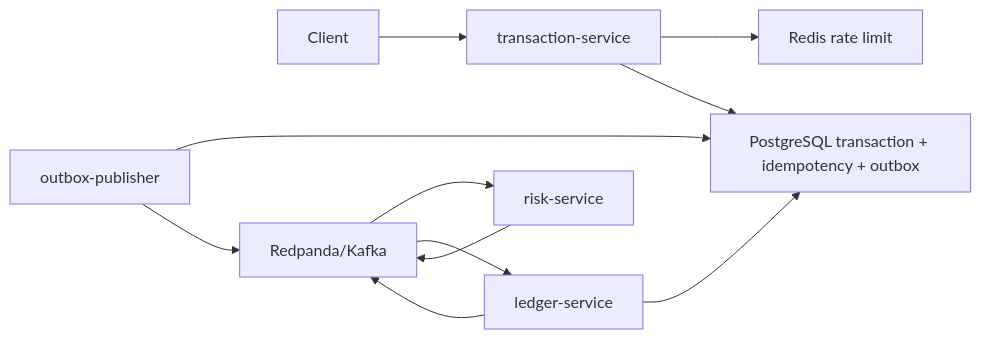
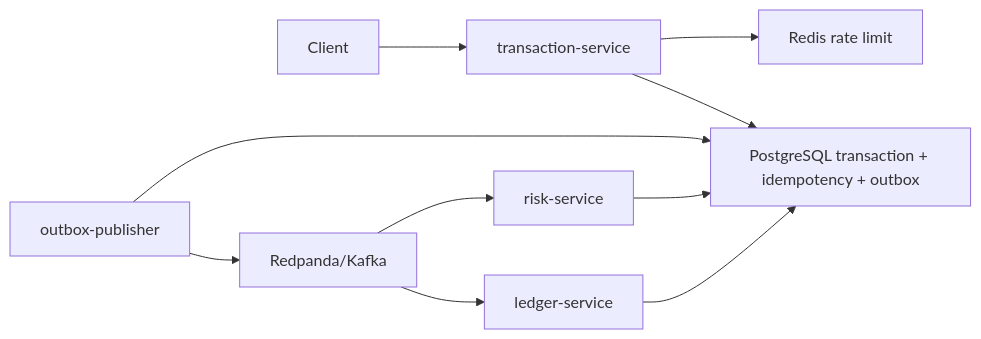
The diagram in docs/architecture.md (CTran10/clearance), drawn with Mermaid before and after one commit. The commit also changed other lines of this file and 17 other files, not shown here.

````diff
--- a/docs/architecture.md
+++ b/docs/architecture.md
@@ -27,13 +28,12 @@
 ```mermaid
 flowchart LR
     Client["Client"] --> Tx["transaction-service"]
     Tx --> Redis["Redis rate limit"]
     Tx --> DB["PostgreSQL transaction + idempotency + outbox"]
     Outbox["outbox-publisher"] --> DB
     Outbox --> Kafka["Redpanda/Kafka"]
     Kafka --> Risk["risk-service"]
-    Risk --> Kafka
+    Risk --> DB
     Kafka --> Ledger["ledger-service"]
     Ledger --> DB
-    Ledger --> Kafka
 ```
````
